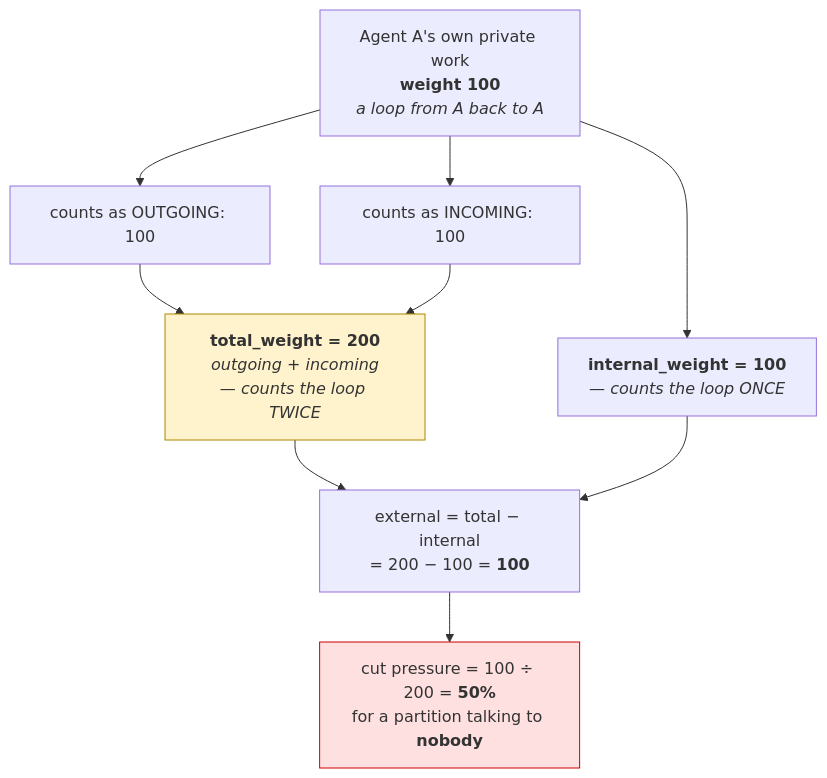
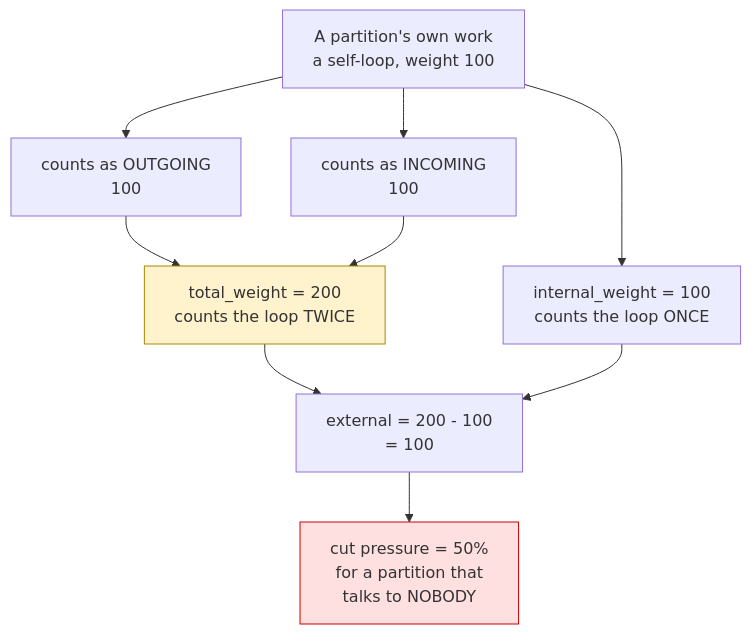
The seventh of 9 diagrams in README.md (mondweep/vibe-cast), drawn with Mermaid before and after one commit. The commit also changed other lines of this file, not shown here.

First line of the commit message:
Fix unreadable mermaid diagrams on GitHub

````diff
--- a/README.md
+++ b/README.md
@@ -289,14 +310,14 @@
 ```mermaid
 flowchart TB
-    SELF["Agent A's own private work<br/><b>weight 100</b><br/><i>a loop from A back to A</i>"]
-    SELF --> OUT["counts as OUTGOING: 100"]
-    SELF --> INC["counts as INCOMING: 100"]
-    OUT --> TOT["<b>total_weight = 200</b><br/><i>outgoing + incoming<br/>— counts the loop TWICE</i>"]
+    SELF["A partition's own work<br/>a self-loop, weight 100"]
+    SELF --> OUT["counts as OUTGOING<br/>100"]
+    SELF --> INC["counts as INCOMING<br/>100"]
+    OUT --> TOT["total_weight = 200<br/>counts the loop TWICE"]
     INC --> TOT
-    SELF --> INT["<b>internal_weight = 100</b><br/><i>— counts the loop ONCE</i>"]
-    TOT --> EXT["external = total − internal<br/>= 200 − 100 = <b>100</b>"]
+    SELF --> INT["internal_weight = 100<br/>counts the loop ONCE"]
+    TOT --> EXT["external = 200 - 100<br/>= 100"]
     INT --> EXT
-    EXT --> P["cut pressure = 100 ÷ 200 = <b>50%</b><br/>for a partition talking to <b>nobody</b>"]
+    EXT --> P["cut pressure = 50%<br/>for a partition that<br/>talks to NOBODY"]
     style P fill:#ffe0e0,stroke:#c00
     style TOT fill:#fff3cd,stroke:#a80
 ```
````
